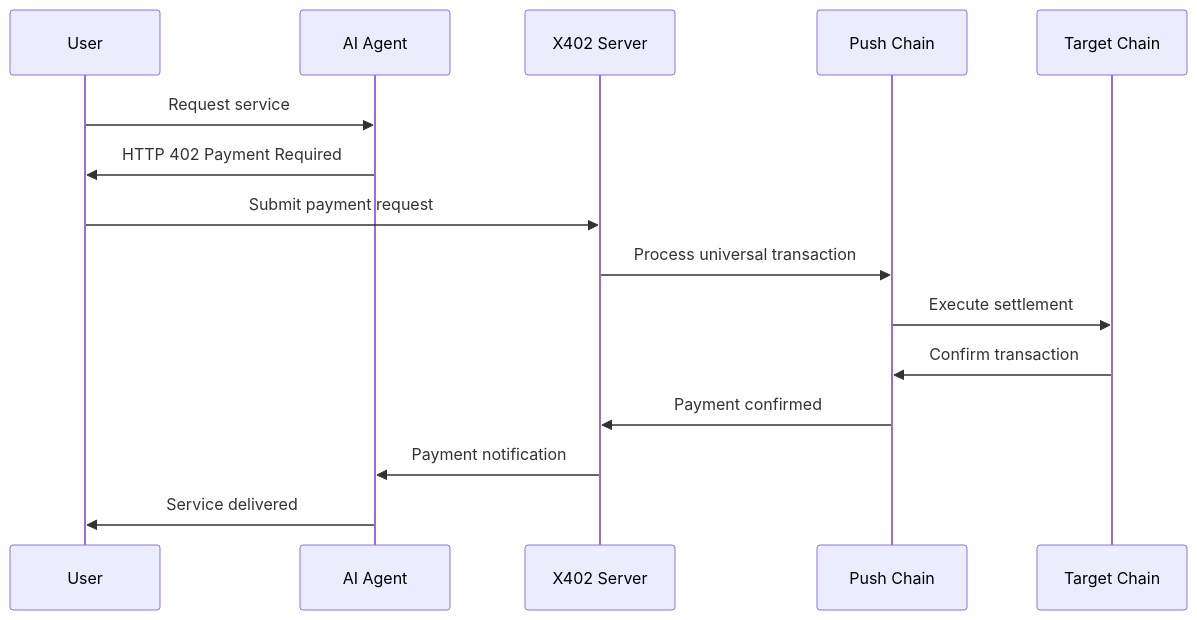
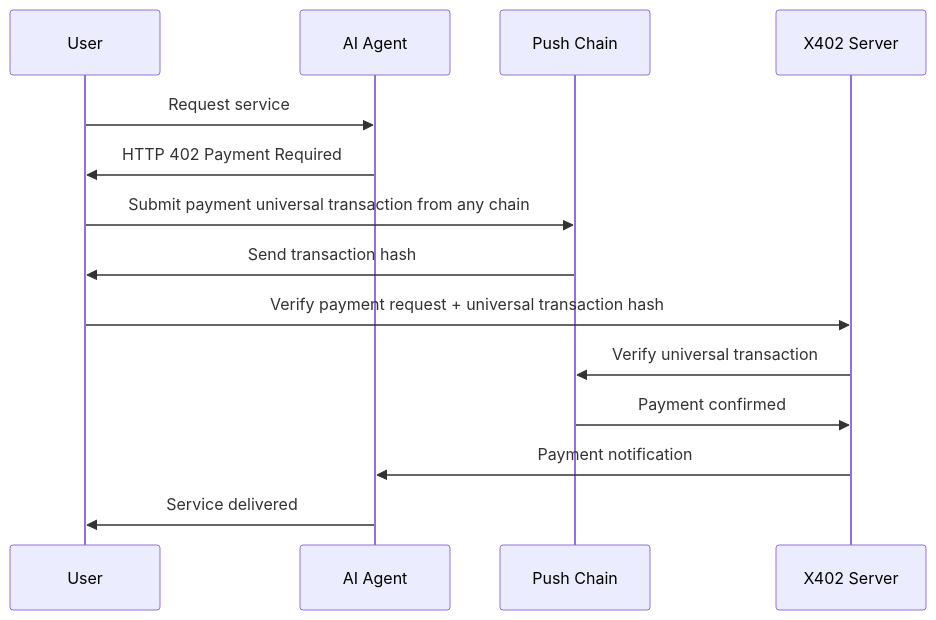
Before and after one commit to pushchain/push-chain-examples: the diagram in tutorials/x402-universal-transaction/README.md, drawn with Mermaid. The commit also changed other lines of this file, not shown here.

Commit message:
docs: update sequence diagram and simplify universal transaction flow

````diff
--- a/tutorials/x402-universal-transaction/README.md
+++ b/tutorials/x402-universal-transaction/README.md
@@ -42,18 +42,17 @@
 ```mermaid
 sequenceDiagram
     participant User
     participant AI Agent
+    participant Push Chain
     participant X402 Server
-    participant Push Chain
-    participant Target Chain
 
     User->>AI Agent: Request service
     AI Agent->>User: HTTP 402 Payment Required
-    User->>X402 Server: Submit payment request
-    X402 Server->>Push Chain: Process universal transaction
-    Push Chain->>Target Chain: Execute settlement
-    Target Chain->>Push Chain: Confirm transaction
+    User->>Push Chain: Submit payment universal transaction from any chain
+    Push Chain->>User: Send transaction hash
+    User->>X402 Server: Verify payment request + universal transaction hash
+    X402 Server->>Push Chain: Verify universal transaction
     Push Chain->>X402 Server: Payment confirmed
     X402 Server->>AI Agent: Payment notification
     AI Agent->>User: Service delivered
 ```
````
